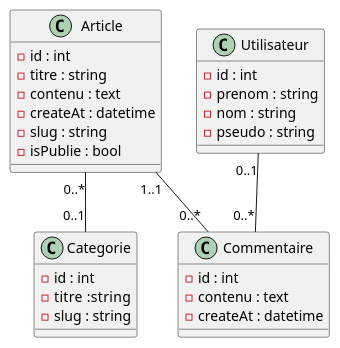
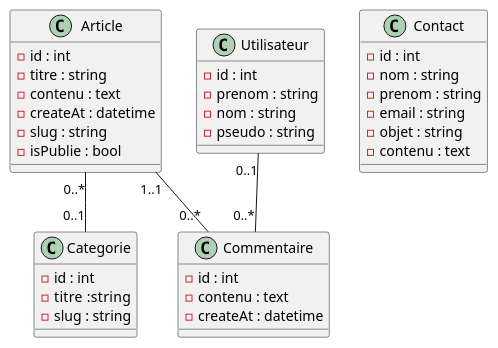
Before and after one commit to tvGuy2/lamy-blog-: the diagram in documentation/diagramme de classes.puml, drawn with PlantUML. The commit also changed 7 other files, not shown here.

```diff
--- a/documentation/diagramme de classes.puml
+++ b/documentation/diagramme de classes.puml
@@ -1,39 +1,48 @@
 @startuml
 
 
 
 class Article {
 - id : int
 - titre : string
 - contenu : text
 - createAt : datetime
 - slug : string
 - isPublie : bool
 }
 
 class Categorie {
 - id : int
 - titre  :string
 - slug : string
 }
 
 class Utilisateur {
 - id : int
 - prenom : string
 - nom : string
 - pseudo : string
 }
 
 class Commentaire {
 - id : int
 - contenu : text
 - createAt : datetime
 }
 
+class Contact {
+- id : int
+- nom : string
+- prenom : string
+- email : string
+- objet : string
+- contenu : text
+}
+
 
 Article "0..*" -- "0..1" Categorie
 Article "1..1" -- "0..*" Commentaire
 Utilisateur "0..1" -- "0..*" Commentaire
 
 
 @enduml
```
